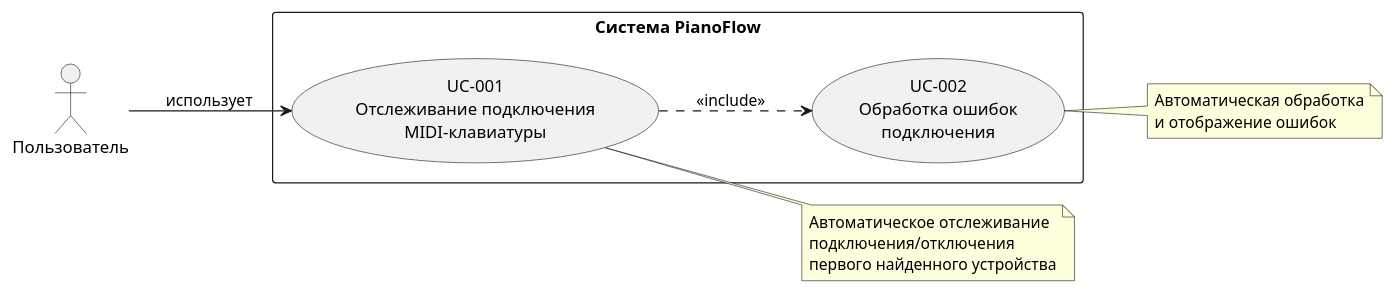
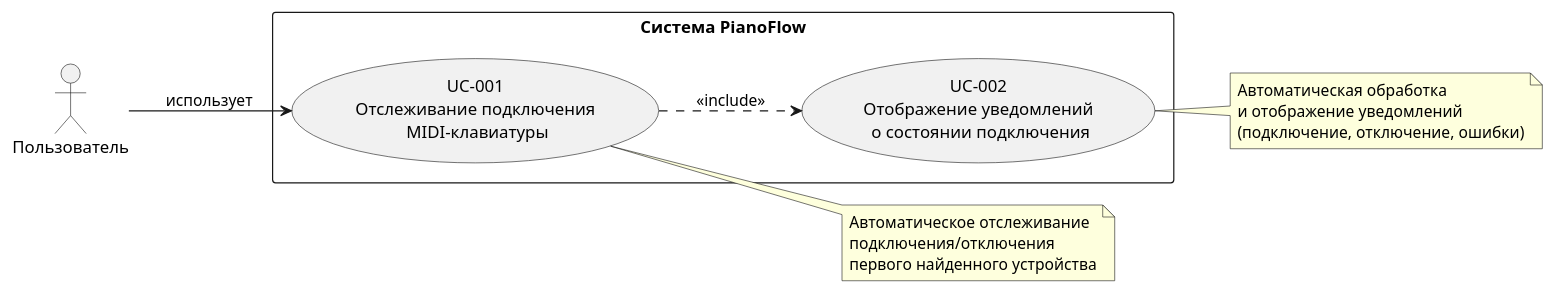
The first of 2 diagrams in docs/uc/USB_MIDI_KEYBOARD.md (astrizhachuk/PianoFlow), drawn with PlantUML before and after one commit. The commit also changed other lines of this file, not shown here.

Commit message:
docs: обновление документации по USB MIDI-клавиатуре, добавление уведомлений об отключении устройства и уточнение обработки состояний подключения

````diff
--- a/docs/uc/USB_MIDI_KEYBOARD.md
+++ b/docs/uc/USB_MIDI_KEYBOARD.md
@@ -27,25 +28,26 @@
 ```plantuml
 @startuml
 left to right direction
 actor Пользователь as User
 rectangle "Система PianoFlow" {
-  usecase UC1 as "UC-001\nОтслеживание подключения\nMIDI-клавиатуры"
-  usecase UC2 as "UC-002\nОбработка ошибок\nподключения"
+  usecase UC1 as "UC-001\nОтслеживание подключения\n MIDI-клавиатуры"
+  usecase UC2 as "UC-002\nОтображение уведомлений\n о состоянии подключения"
 }
 
 User --> UC1 : использует
 UC1 ..> UC2 : <<include>>
 
 note right of UC1
   Автоматическое отслеживание
   подключения/отключения
   первого найденного устройства
 end note
 
 note right of UC2
   Автоматическая обработка
-  и отображение ошибок
+  и отображение уведомлений
+  (подключение, отключение, ошибки)
 end note
 
 @enduml
 ```
````
